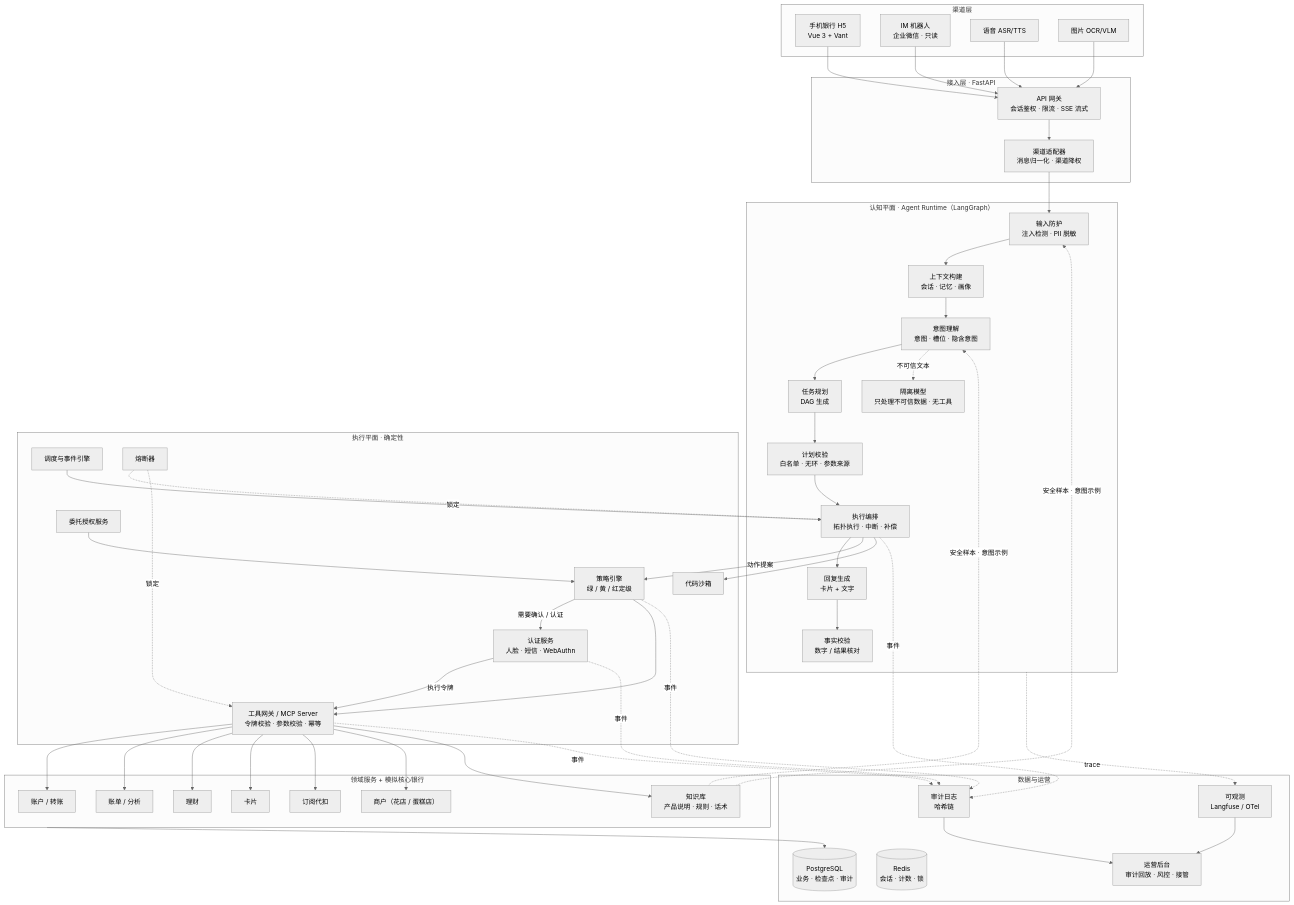
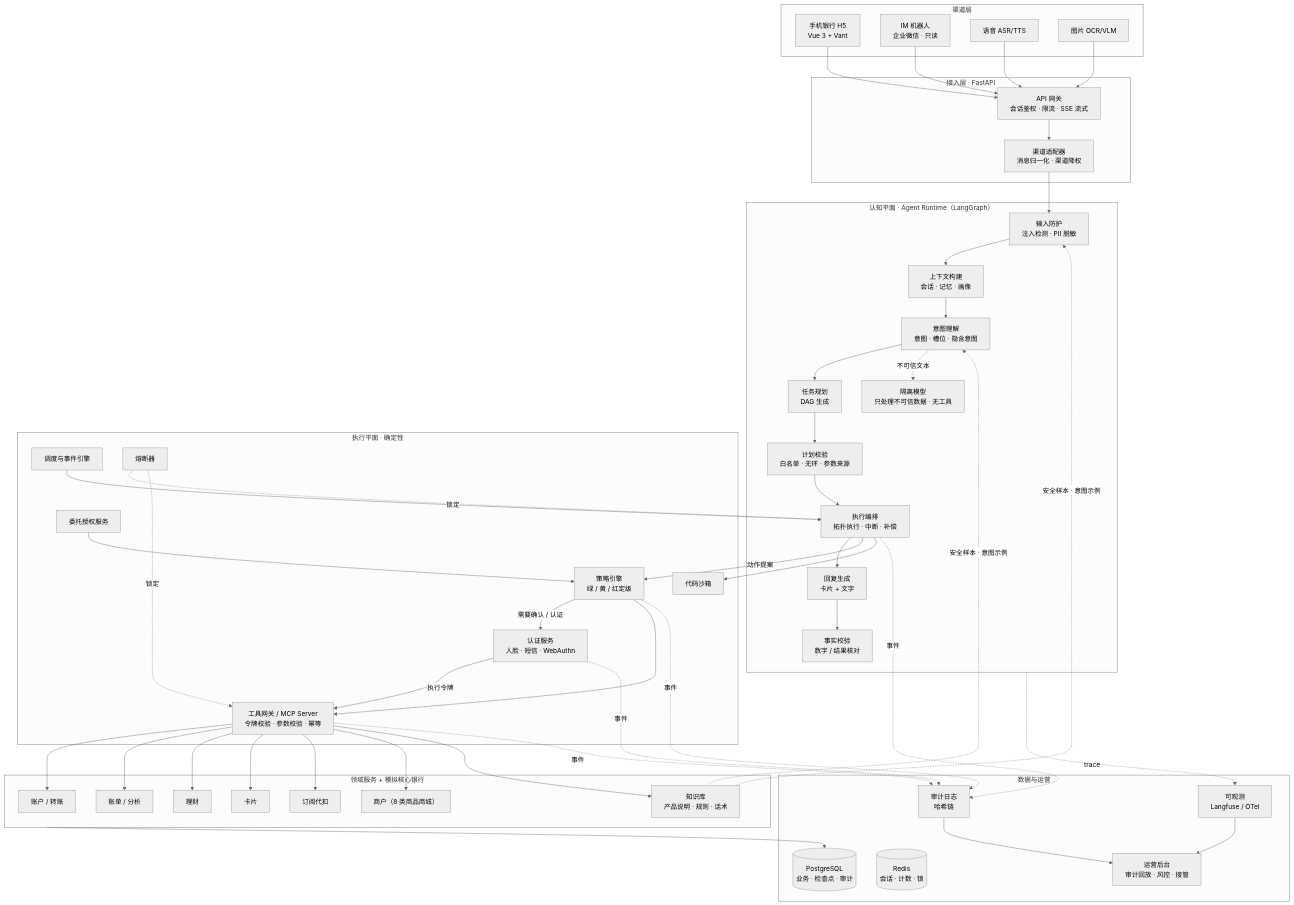
The first of 9 diagrams in docs/02-产品技术文档.md (SuperWheel/saydo-agent), drawn with Mermaid (neutral theme) before and after one commit. The commit also changed other lines of this file and 11 other files, not shown here.

````diff
--- a/docs/02-产品技术文档.md
+++ b/docs/02-产品技术文档.md
@@ -51,72 +51,72 @@
 ```mermaid
 flowchart TB
     subgraph L1[渠道层]
         W[手机银行 H5<br/>Vue 3 + Vant]
         IM[IM 机器人<br/>企业微信 · 只读]
         V[语音 ASR/TTS]
         IMG[图片 OCR/VLM]
     end
 
     subgraph L2[接入层 · FastAPI]
         GW[API 网关<br/>会话鉴权 · 限流 · SSE 流式]
         CA[渠道适配器<br/>消息归一化 · 渠道降权]
     end
 
     subgraph L3[认知平面 · Agent Runtime（LangGraph）]
         IG[输入防护<br/>注入检测 · PII 脱敏]
         CTX[上下文构建<br/>会话 · 记忆 · 画像]
         NLU[意图理解<br/>意图 · 槽位 · 隐含意图]
         PL[任务规划<br/>DAG 生成]
         PV[计划校验<br/>白名单 · 无环 · 参数来源]
         EX[执行编排<br/>拓扑执行 · 中断 · 补偿]
         RS[回复生成<br/>卡片 + 文字]
         GC[事实校验<br/>数字 / 结果核对]
         QL[隔离模型<br/>只处理不可信数据 · 无工具]
     end
 
     subgraph L4[执行平面 · 确定性]
         PE[策略引擎<br/>绿 / 黄 / 红定级]
         AU[认证服务<br/>人脸 · 短信 · WebAuthn]
         TG[工具网关 / MCP Server<br/>令牌校验 · 参数校验 · 幂等]
         MD[委托授权服务]
         SCH[调度与事件引擎]
         SB[代码沙箱]
         CB[熔断器]
     end
 
     subgraph L5[领域服务 + 模拟核心银行]
         D1[账户 / 转账]
         D2[账单 / 分析]
         D3[理财]
         D4[卡片]
         D5[订阅代扣]
-        D6[商户（花店 / 蛋糕店）]
+        D6[商户（8 类商品商城）]
         D7[知识库<br/>产品说明 · 规则 · 话术]
     end
 
     subgraph L6[数据与运营]
         PG[(PostgreSQL<br/>业务 · 检查点 · 审计)]
         RD[(Redis<br/>会话 · 计数 · 锁)]
         AL[审计日志<br/>哈希链]
         OB[可观测<br/>Langfuse / OTel]
         AD[运营后台<br/>审计回放 · 风控 · 接管]
     end
 
     W & IM & V & IMG --> GW --> CA --> IG --> CTX --> NLU --> PL --> PV --> EX
     EX --> RS --> GC
     NLU -.不可信文本.-> QL
     EX -->|动作提案| PE
     PE -->|需要确认 / 认证| AU
     PE --> TG
     AU -->|执行令牌| TG
     MD --> PE
     SCH --> EX
     EX --> SB
     CB -.锁定.-> EX & TG
     TG --> D1 & D2 & D3 & D4 & D5 & D6 & D7
     D7 -.安全样本 · 意图示例.-> IG & NLU
     L5 --> PG
     EX & PE & AU & TG -.事件.-> AL
     L3 -.trace.-> OB
     AL & OB --> AD
 ```
````
